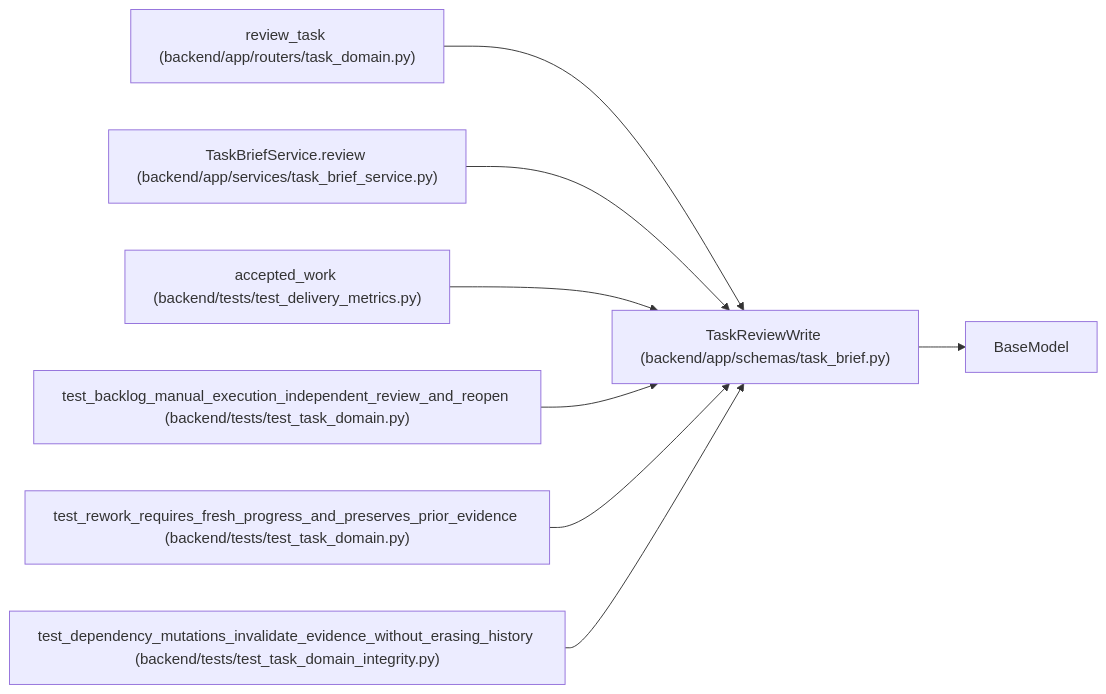
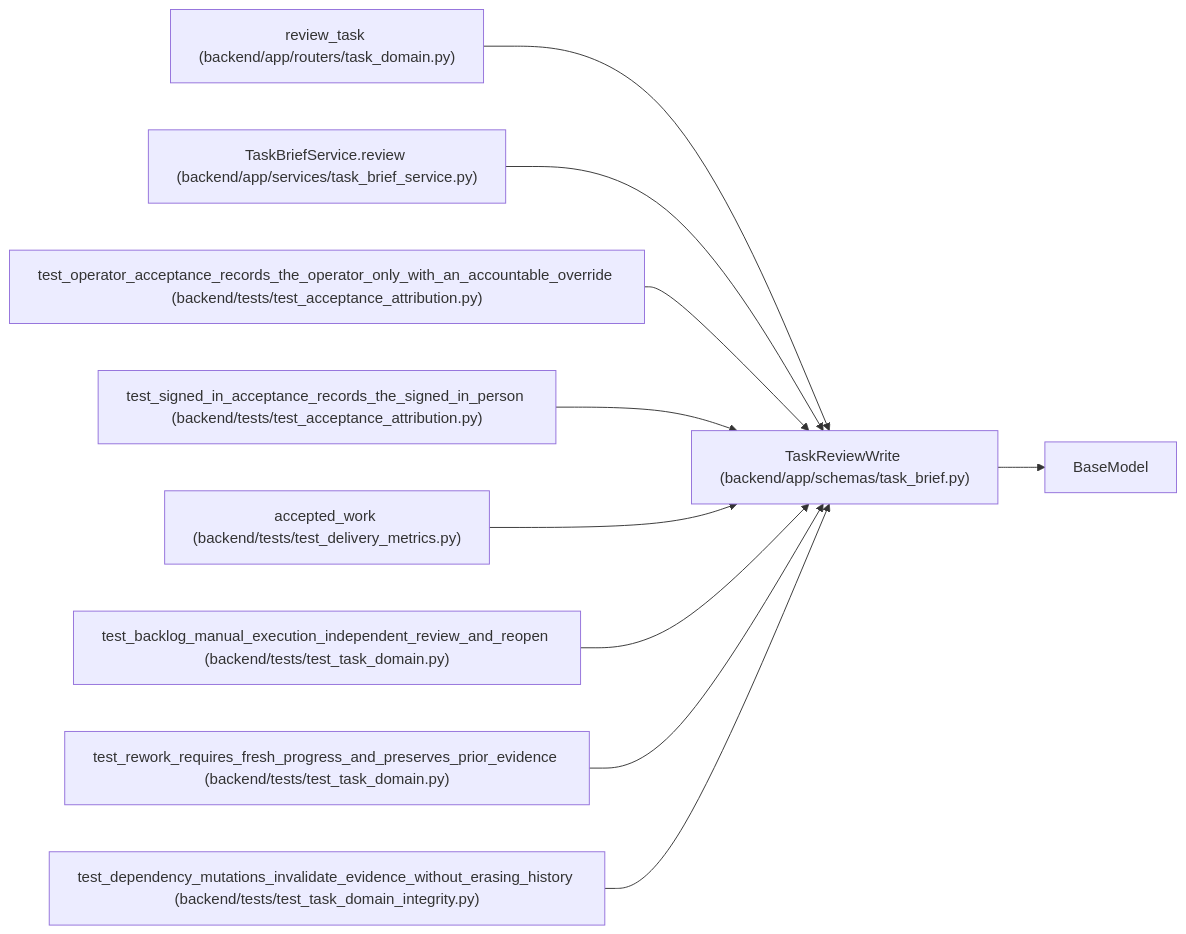
The diagram in docs/llm_wiki/entities/TaskReviewWrite.md (Denissvgn/WorkChord), drawn with Mermaid before and after one commit. The commit also changed other lines of this file and 2373 other files, not shown here.

````diff
--- a/docs/llm_wiki/entities/TaskReviewWrite.md
+++ b/docs/llm_wiki/entities/TaskReviewWrite.md
@@ -36,25 +36,31 @@
 ```mermaid
 flowchart LR
     n0["TaskReviewWrite (backend/app/schemas/task_brief.py)"]
     n1["BaseModel"]
     n2["review_task (backend/app/routers/task_domain.py)"]
     n3["TaskBriefService.review (backend/app/services/task_brief_service.py)"]
-    n4["accepted_work (backend/tests/test_delivery_metrics.py)"]
-    n5["test_backlog_manual_execution_independent_review_and_reopen (backend/tests/test_task_domain.py)"]
-    n6["test_rework_requires_fresh_progress_and_preserves_prior_evidence (backend/tests/test_task_domain.py)"]
-    n7["test_dependency_mutations_invalidate_evidence_without_erasing_history (backend/tests/test_task_domain_integrity.py)"]
+    n4["test_operator_acceptance_records_the_operator_only_with_an_accountable_override (backend/tests/test_acceptance_attribution.py)"]
+    n5["test_signed_in_acceptance_records_the_signed_in_person (backend/tests/test_acceptance_attribution.py)"]
+    n6["accepted_work (backend/tests/test_delivery_metrics.py)"]
+    n7["test_backlog_manual_execution_independent_review_and_reopen (backend/tests/test_task_domain.py)"]
+    n8["test_rework_requires_fresh_progress_and_preserves_prior_evidence (backend/tests/test_task_domain.py)"]
+    n9["test_dependency_mutations_invalidate_evidence_without_erasing_history (backend/tests/test_task_domain_integrity.py)"]
     n0 --> n1
     n2 --> n0
     n3 --> n0
     n4 --> n0
     n5 --> n0
     n6 --> n0
     n7 --> n0
+    n8 --> n0
+    n9 --> n0
     click n0 "../modules/schemas_task_brief.md"
     click n2 "../modules/routers_task_domain.md"
     click n3 "../modules/task_brief_service.md"
-    click n4 "../modules/test_delivery_metrics.md"
-    click n5 "../modules/test_task_domain.md"
-    click n6 "../modules/test_task_domain.md"
-    click n7 "../modules/test_task_domain_integrity.md"
+    click n4 "../modules/test_acceptance_attribution.md"
+    click n5 "../modules/test_acceptance_attribution.md"
+    click n6 "../modules/test_delivery_metrics.md"
+    click n7 "../modules/test_task_domain.md"
+    click n8 "../modules/test_task_domain.md"
+    click n9 "../modules/test_task_domain_integrity.md"
 ```
````
